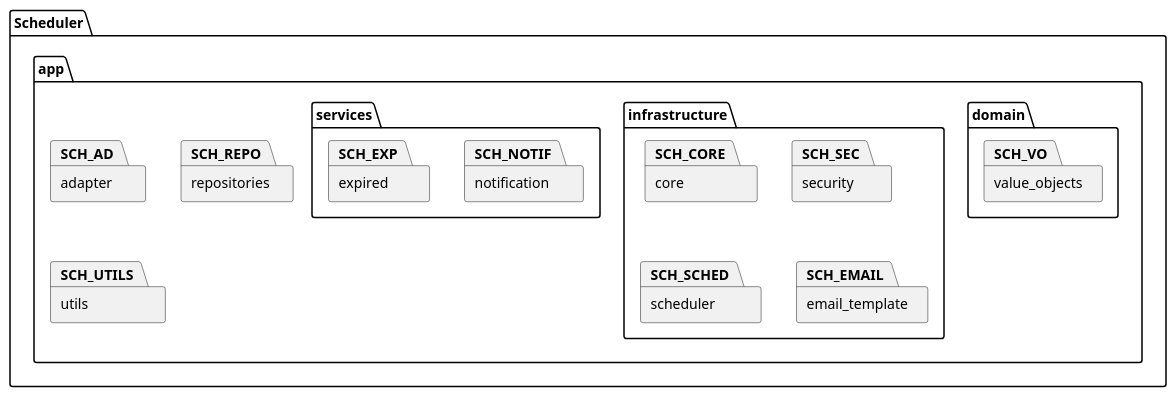
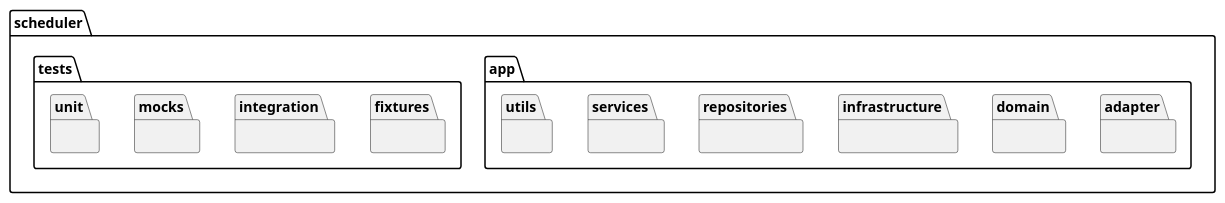
One commit to walle45611/NTUB_SecuManag_Diagram changed the diagram in plantUML/package/scheduler.puml. Above: the diagram before and after it, drawn with PlantUML. The commit also changed 3 other files, not shown here.

Commit message:
feat: 更新後端、RabbitMQ 和 Scheduler 模組的包結構，刪除監控模組的 PlantUML 文件

```diff
--- a/plantUML/package/scheduler.puml
+++ b/plantUML/package/scheduler.puml
@@ -1,22 +1,20 @@
-@startuml scheduler-package
-package "Scheduler" as SCH {
-  package "app" as SCH_APP {
-    package "adapter" as SCH_AD
-    package "domain" as SCH_DOM {
-      package "value_objects" as SCH_VO
-    }
-    package "infrastructure" as SCH_INFRA {
-      package "core" as SCH_CORE
-      package "security" as SCH_SEC
-      package "scheduler" as SCH_SCHED
-      package "email_template" as SCH_EMAIL
-    }
-    package "repositories" as SCH_REPO
-    package "services" as SCH_SVC {
-      package "notification" as SCH_NOTIF
-      package "expired" as SCH_EXP
-    }
-    package "utils" as SCH_UTILS
+@startuml
+' Package diagram for scheduler/ directory (up to two levels)
+package "scheduler" {
+  package "app" {
+    package "adapter" {}
+    package "domain" {}
+    package "infrastructure" {}
+    package "repositories" {}
+    package "services" {}
+    package "utils" {}
+  }
+
+  package "tests" {
+    package "fixtures" {}
+    package "integration" {}
+    package "mocks" {}
+    package "unit" {}
   }
 }
 @enduml
```
